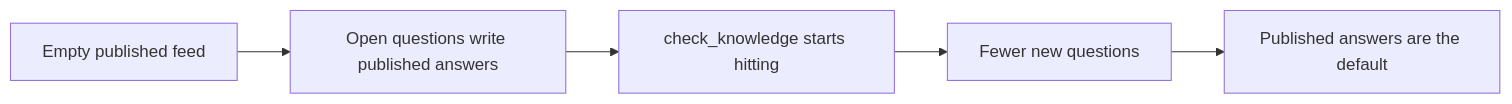
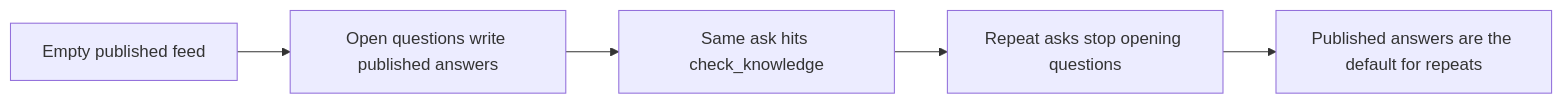
Before and after one commit to Thingscorp/pgeon-llm: the second of 2 diagrams in WHITEPAPER.md, drawn with Mermaid. The commit also changed other lines of this file, not shown here.

Commit message:
Lab evidence: law C-H holds; exact reask hits; paraphrases mostly miss

````diff
--- a/WHITEPAPER.md
+++ b/WHITEPAPER.md
@@ -123,7 +124,7 @@
 ```mermaid
 flowchart LR
   Z[Empty published feed] --> Q[Open questions write published answers]
-  Q --> K[check_knowledge starts hitting]
-  K --> F[Fewer new questions]
-  F --> D[Published answers are the default]
+  Q --> K[Same ask hits check_knowledge]
+  K --> F[Repeat asks stop opening questions]
+  F --> D[Published answers are the default for repeats]
 ```
````
